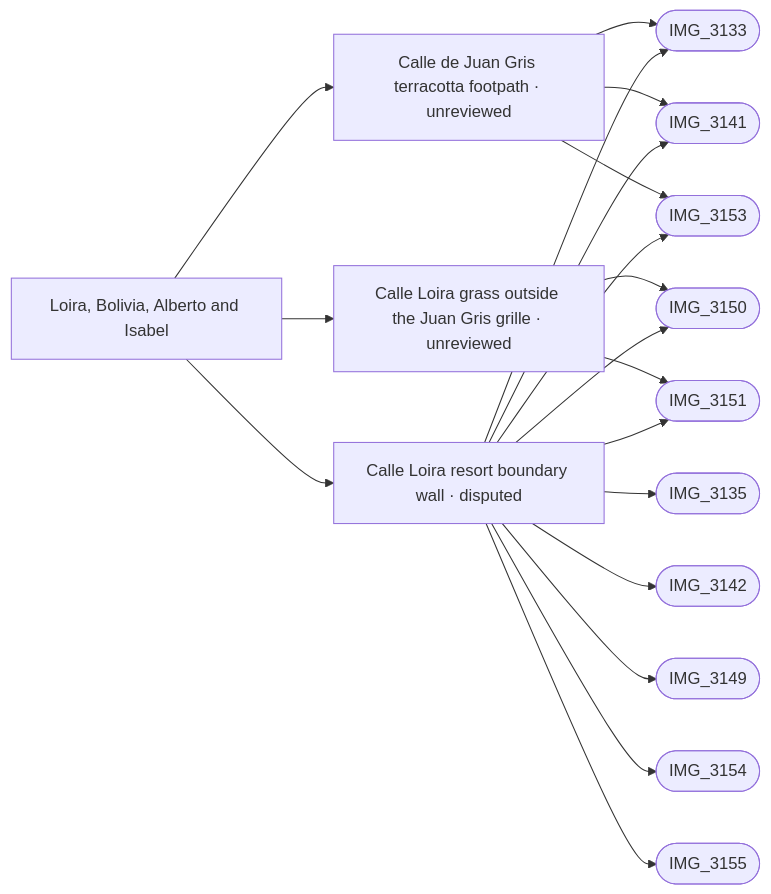
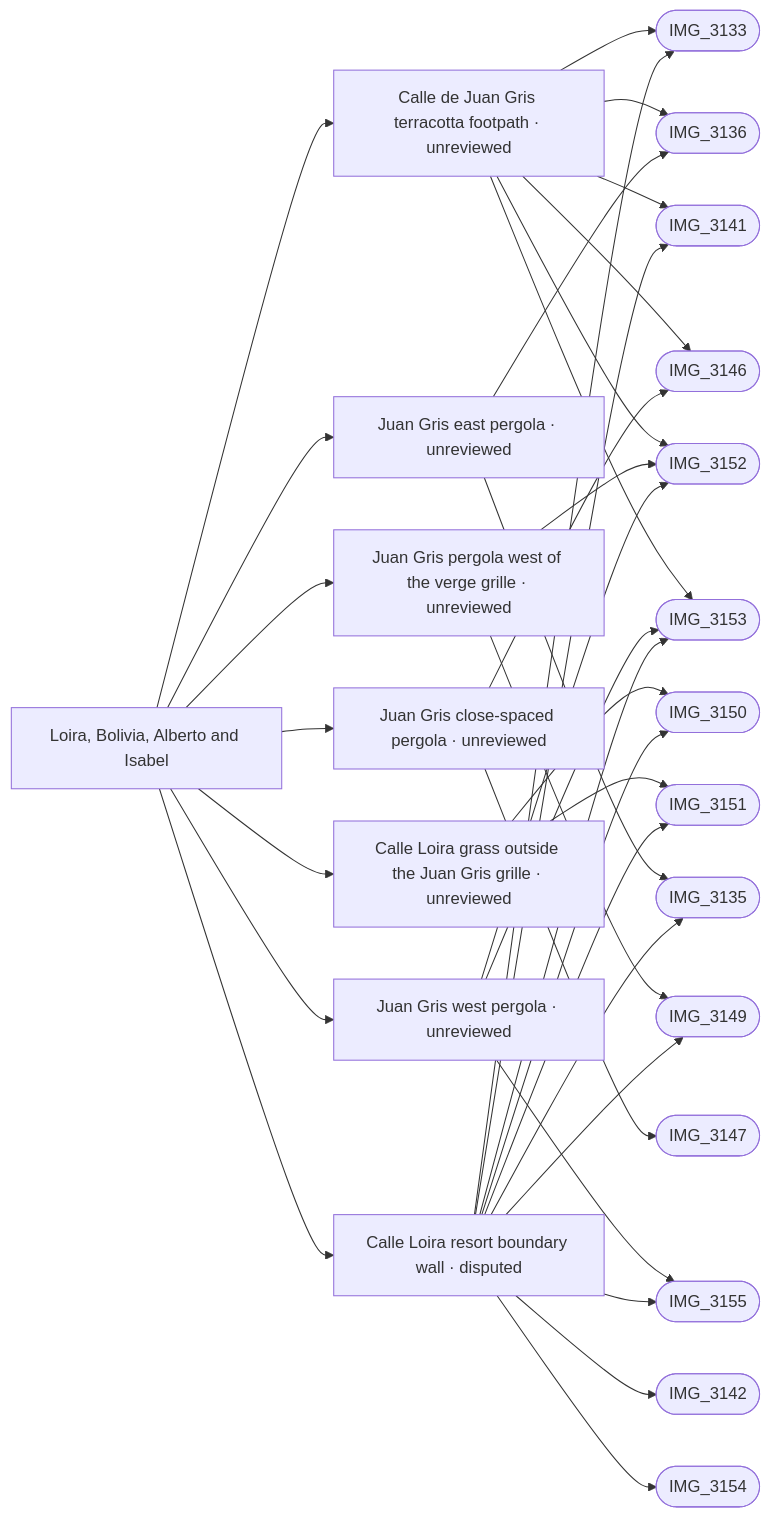
The diagram in refs/areas/north-lanes.md (daveyboyc/villacana-venture), drawn with Mermaid before and after one commit. The commit also changed other lines of this file and 23 other files, not shown here.

Commit message:
Match Juan Gris tiling and add the photographed pergolas

````diff
--- a/refs/areas/north-lanes.md
+++ b/refs/areas/north-lanes.md
@@ -37,22 +37,38 @@
 ```mermaid
 graph LR
   A["Loira, Bolivia, Alberto and Isabel"]
   A --> F0["Calle de Juan Gris terracotta footpath · unreviewed"]
   F0 --> PIMG_3133_jpg(["IMG_3133"])
+  F0 --> PIMG_3136_jpg(["IMG_3136"])
   F0 --> PIMG_3141_jpg(["IMG_3141"])
+  F0 --> PIMG_3146_jpg(["IMG_3146"])
+  F0 --> PIMG_3152_jpg(["IMG_3152"])
   F0 --> PIMG_3153_jpg(["IMG_3153"])
   A --> F1["Calle Loira grass outside the Juan Gris grille · unreviewed"]
   F1 --> PIMG_3150_jpg(["IMG_3150"])
   F1 --> PIMG_3151_jpg(["IMG_3151"])
-  A --> F2["Calle Loira resort boundary wall · disputed"]
-  F2 --> PIMG_3133_jpg(["IMG_3133"])
+  A --> F2["Juan Gris east pergola · unreviewed"]
   F2 --> PIMG_3135_jpg(["IMG_3135"])
-  F2 --> PIMG_3141_jpg(["IMG_3141"])
-  F2 --> PIMG_3142_jpg(["IMG_3142"])
-  F2 --> PIMG_3149_jpg(["IMG_3149"])
-  F2 --> PIMG_3150_jpg(["IMG_3150"])
-  F2 --> PIMG_3151_jpg(["IMG_3151"])
-  F2 --> PIMG_3153_jpg(["IMG_3153"])
-  F2 --> PIMG_3154_jpg(["IMG_3154"])
-  F2 --> PIMG_3155_jpg(["IMG_3155"])
+  F2 --> PIMG_3136_jpg(["IMG_3136"])
+  A --> F3["Juan Gris pergola west of the verge grille · unreviewed"]
+  F3 --> PIMG_3149_jpg(["IMG_3149"])
+  F3 --> PIMG_3152_jpg(["IMG_3152"])
+  A --> F4["Juan Gris close-spaced pergola · unreviewed"]
+  F4 --> PIMG_3146_jpg(["IMG_3146"])
+  F4 --> PIMG_3147_jpg(["IMG_3147"])
+  A --> F5["Juan Gris west pergola · unreviewed"]
+  F5 --> PIMG_3152_jpg(["IMG_3152"])
+  F5 --> PIMG_3153_jpg(["IMG_3153"])
+  F5 --> PIMG_3155_jpg(["IMG_3155"])
+  A --> F6["Calle Loira resort boundary wall · disputed"]
+  F6 --> PIMG_3133_jpg(["IMG_3133"])
+  F6 --> PIMG_3135_jpg(["IMG_3135"])
+  F6 --> PIMG_3141_jpg(["IMG_3141"])
+  F6 --> PIMG_3142_jpg(["IMG_3142"])
+  F6 --> PIMG_3149_jpg(["IMG_3149"])
+  F6 --> PIMG_3150_jpg(["IMG_3150"])
+  F6 --> PIMG_3151_jpg(["IMG_3151"])
+  F6 --> PIMG_3153_jpg(["IMG_3153"])
+  F6 --> PIMG_3154_jpg(["IMG_3154"])
+  F6 --> PIMG_3155_jpg(["IMG_3155"])
 ```
````
